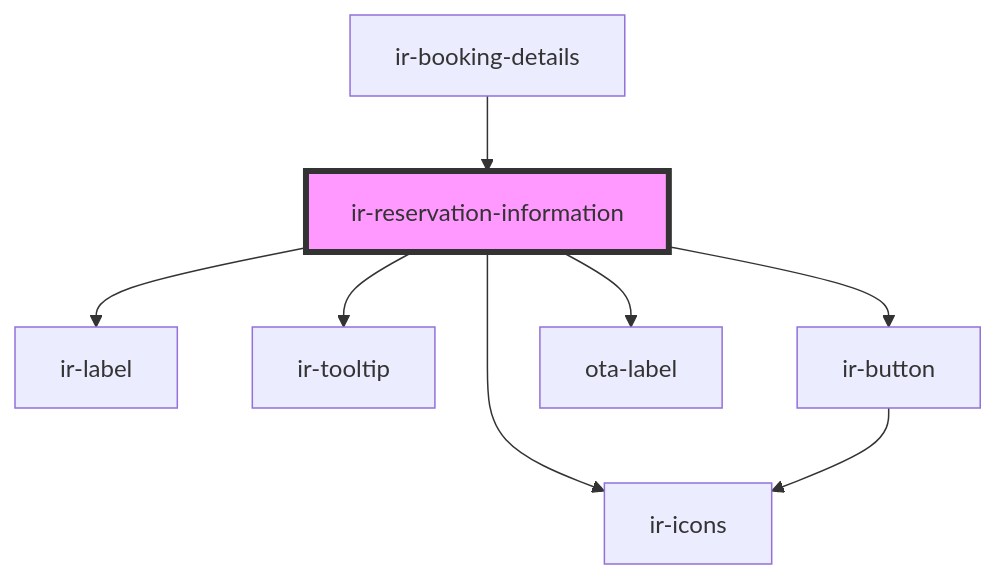
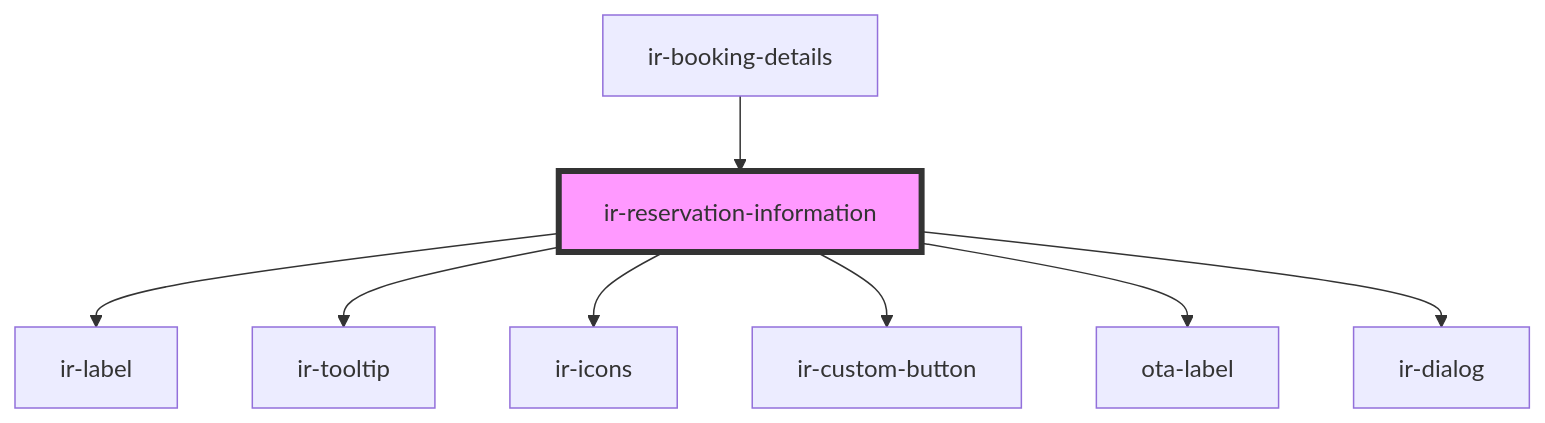
One commit to David1Chowaifaty/modified-ir-webcmp changed the diagram in src/components/ir-booking-details/ir-reservation-information/readme.md. Above: the diagram before and after it, drawn with Mermaid. The commit also changed other lines of this file and 70 other files, not shown here.

````diff
--- a/src/components/ir-booking-details/ir-reservation-information/readme.md
+++ b/src/components/ir-booking-details/ir-reservation-information/readme.md
@@ -38,11 +39,11 @@
 ```mermaid
 graph TD;
   ir-reservation-information --> ir-label
   ir-reservation-information --> ir-tooltip
   ir-reservation-information --> ir-icons
-  ir-reservation-information --> ir-button
+  ir-reservation-information --> ir-custom-button
   ir-reservation-information --> ota-label
-  ir-button --> ir-icons
+  ir-reservation-information --> ir-dialog
   ir-booking-details --> ir-reservation-information
   style ir-reservation-information fill:#f9f,stroke:#333,stroke-width:4px
 ```
````
